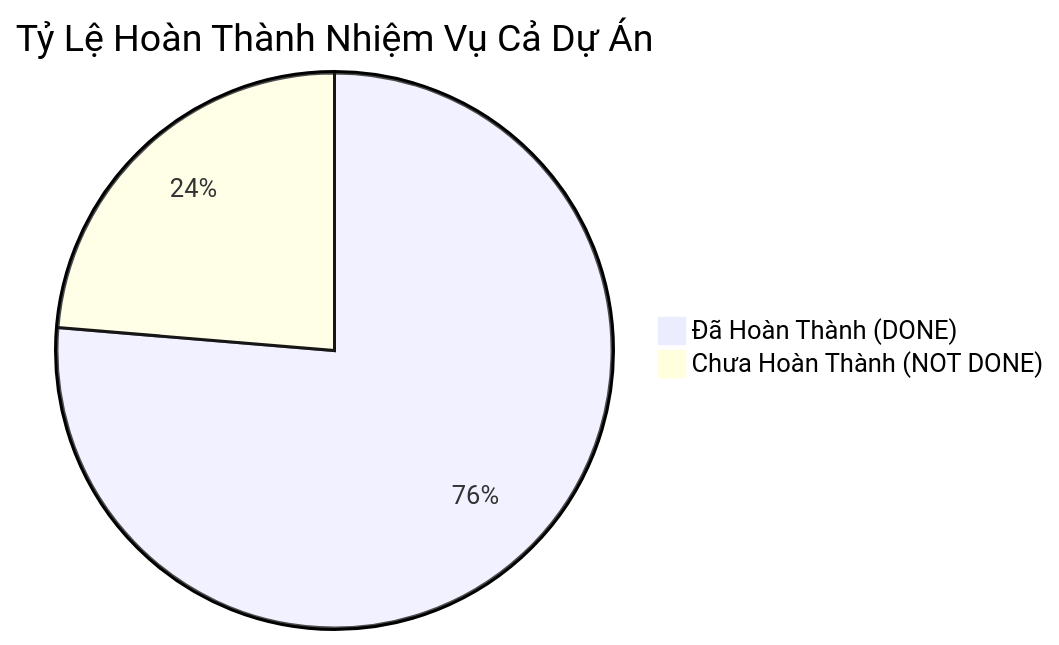
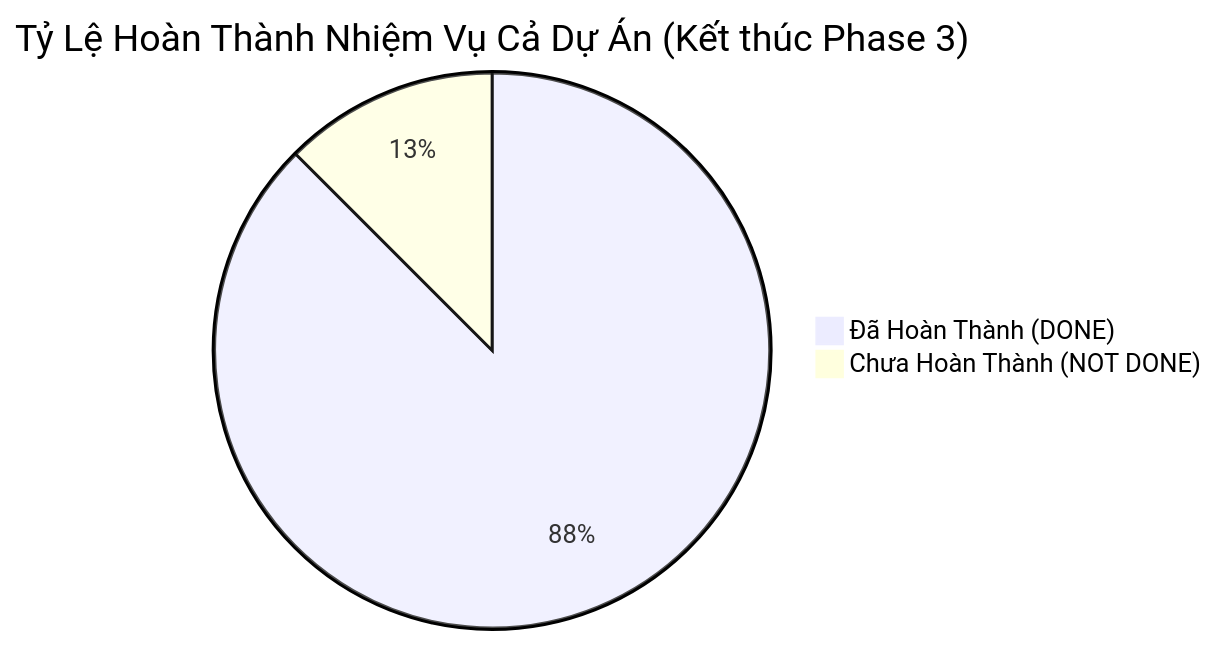
One commit to phattvh/DataStructure_ATM-Project changed the first of 2 diagrams in docs/TIEN_DO_CONG_VIEC.md. Above: the diagram before and after it, drawn with Mermaid. The commit also changed other lines of this file, not shown here.

Commit message:
docs(progress): update Phase 3 task tracker and completion metrics (87.5%)

````diff
--- a/docs/TIEN_DO_CONG_VIEC.md
+++ b/docs/TIEN_DO_CONG_VIEC.md
@@ -10,5 +10,5 @@
 ```mermaid
-pie title Tỷ Lệ Hoàn Thành Nhiệm Vụ Cả Dự Án
-    "Đã Hoàn Thành (DONE)" : 29
-    "Chưa Hoàn Thành (NOT DONE)" : 9
+pie title Tỷ Lệ Hoàn Thành Nhiệm Vụ Cả Dự Án (Kết thúc Phase 3)
+    "Đã Hoàn Thành (DONE)" : 35
+    "Chưa Hoàn Thành (NOT DONE)" : 5
 ```
````
